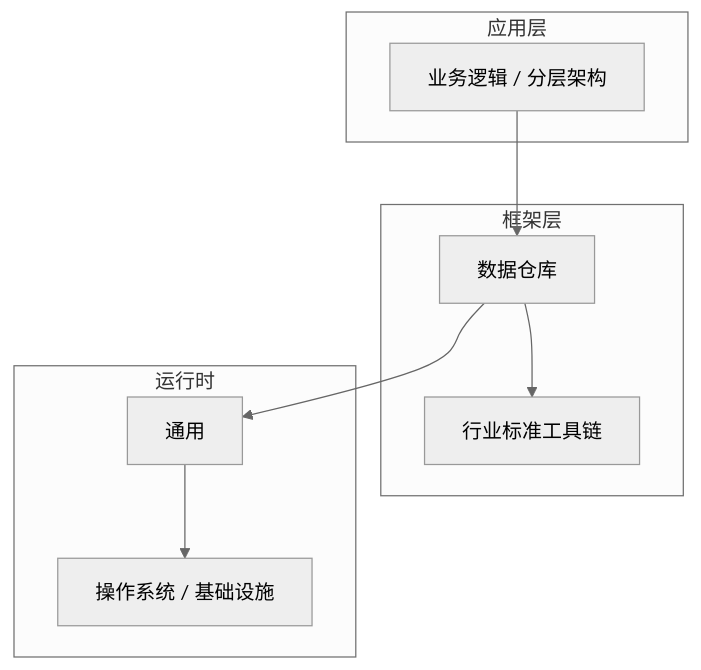
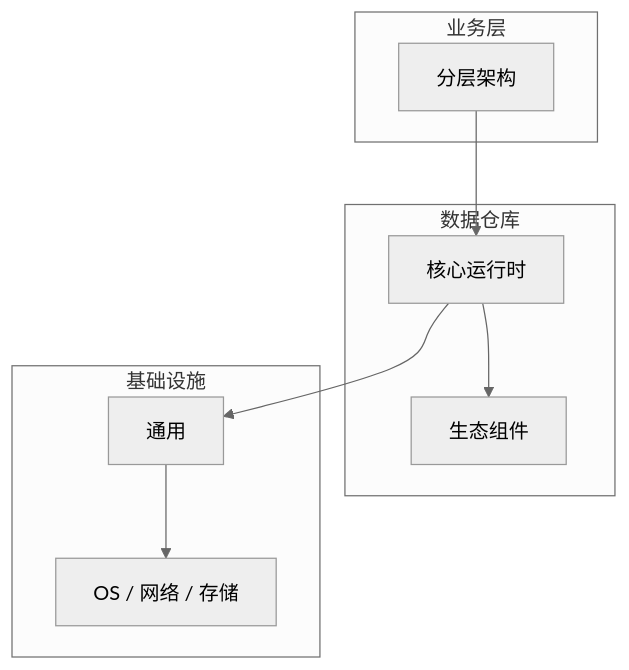
Before and after one commit to yanggan2015/knowledge-json-v2: the diagram in articles/数据仓库/chapters/036-分层架构核心概念与原理.md, drawn with Mermaid (neutral theme). The commit also changed other lines of this file and 10127 other files, not shown here.

````diff
--- a/articles/数据仓库/chapters/036-分层架构核心概念与原理.md
+++ b/articles/数据仓库/chapters/036-分层架构核心概念与原理.md
@@ -45,18 +34,18 @@
 ```mermaid
 graph TB
-    subgraph 应用层
-        A[业务逻辑 / 分层架构]
+    subgraph 业务层
+        A[分层架构]
     end
-    subgraph 框架层
-        B[数据仓库]
-        C[行业标准工具链]
+    subgraph 数据仓库
+        B[核心运行时]
+        C[生态组件]
     end
-    subgraph 运行时
+    subgraph 基础设施
         D[通用]
-        E[操作系统 / 基础设施]
+        E[OS / 网络 / 存储]
     end
     A --> B
     B --> C
     B --> D
     D --> E
 ```
````
